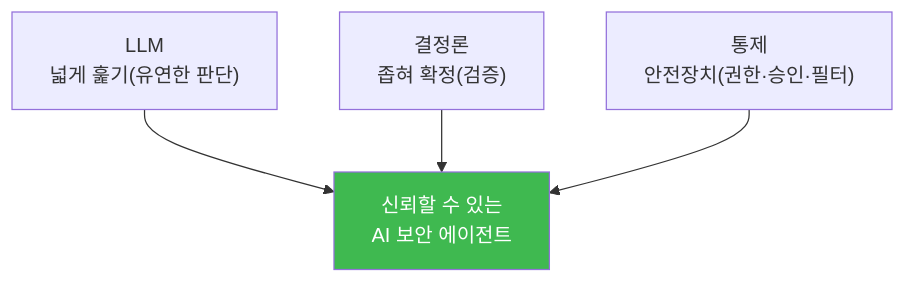
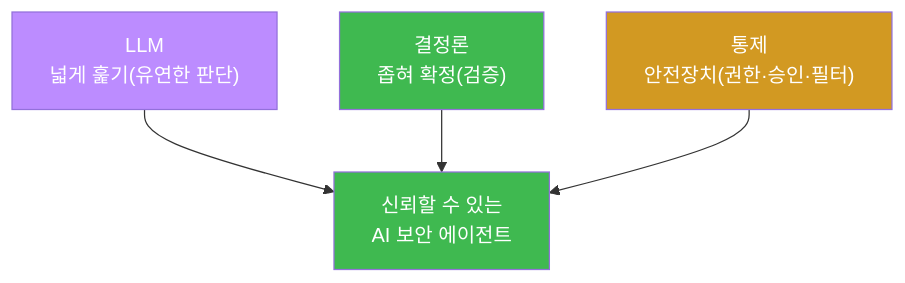
The second of 7 diagrams in contents/training/aisec/lecture_week15.md (mrgrit/tw2), drawn with Mermaid before and after one commit. The commit also changed other lines of this file and 304 other files, not shown here.

````diff
--- a/contents/training/aisec/lecture_week15.md
+++ b/contents/training/aisec/lecture_week15.md
@@ -72,7 +96,10 @@
 ```mermaid
 graph TD
     P1["LLM<br/>넓게 훑기(유연한 판단)"] --> GOOD["신뢰할 수 있는<br/>AI 보안 에이전트"]
     P2["결정론<br/>좁혀 확정(검증)"] --> GOOD
     P3["통제<br/>안전장치(권한·승인·필터)"] --> GOOD
+    style P1 fill:#bc8cff,color:#fff
+    style P2 fill:#3fb950,color:#fff
+    style P3 fill:#d29922,color:#fff
     style GOOD fill:#3fb950,color:#fff
 ```
````
